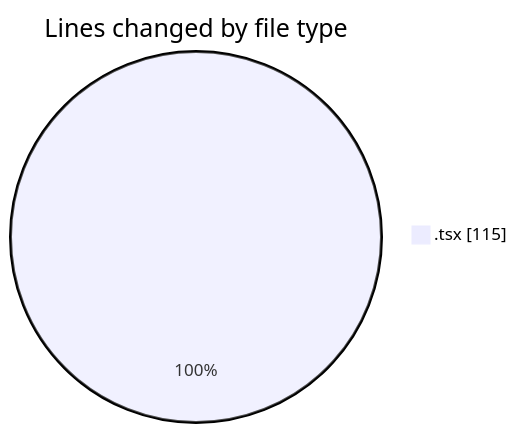
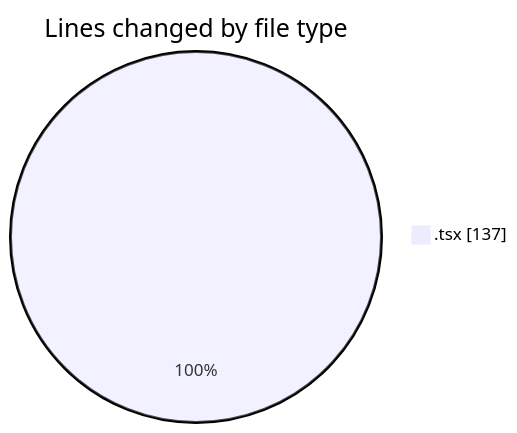
The first of 2 diagrams in 2025-08-04/tw-server/README.md (EIIisD/code-tracking), drawn with Mermaid before and after one commit. The commit also changed other lines of this file and 1 other file, not shown here.

````diff
--- a/2025-08-04/tw-server/README.md
+++ b/2025-08-04/tw-server/README.md
@@ -21,5 +21,5 @@
 ```mermaid
 pie showData
 title Lines changed by file type
-".tsx" : 115
+".tsx" : 137
 ```
````
